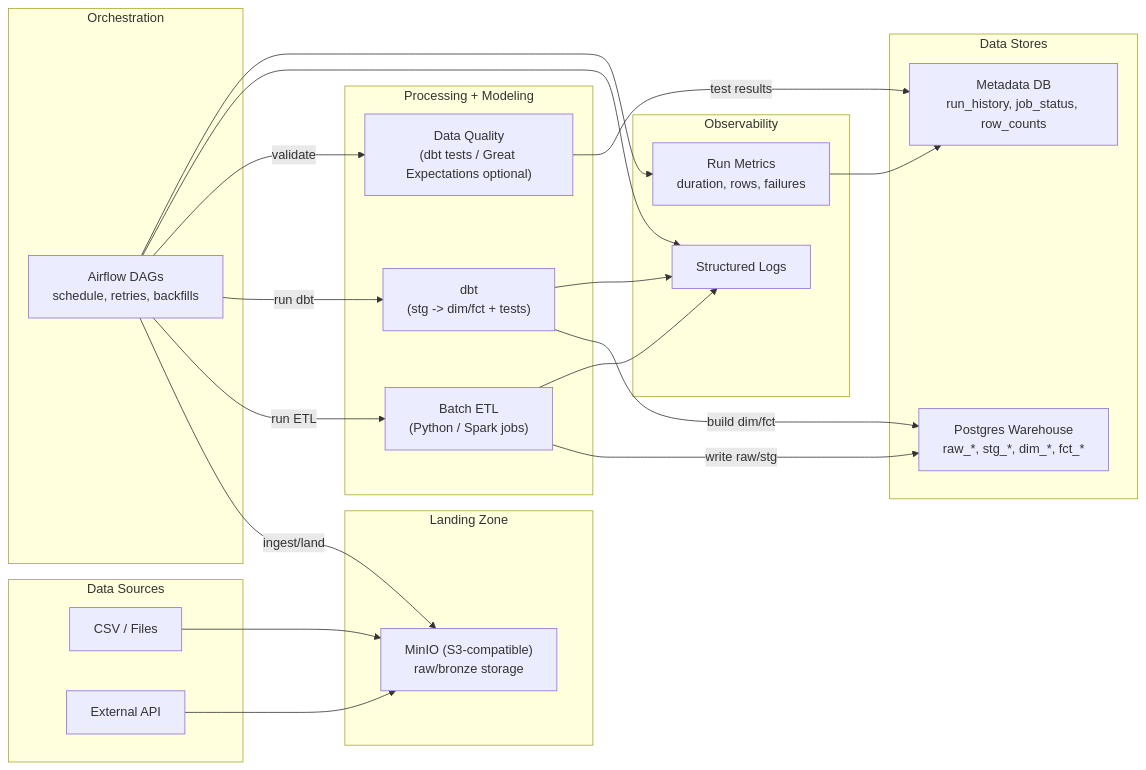
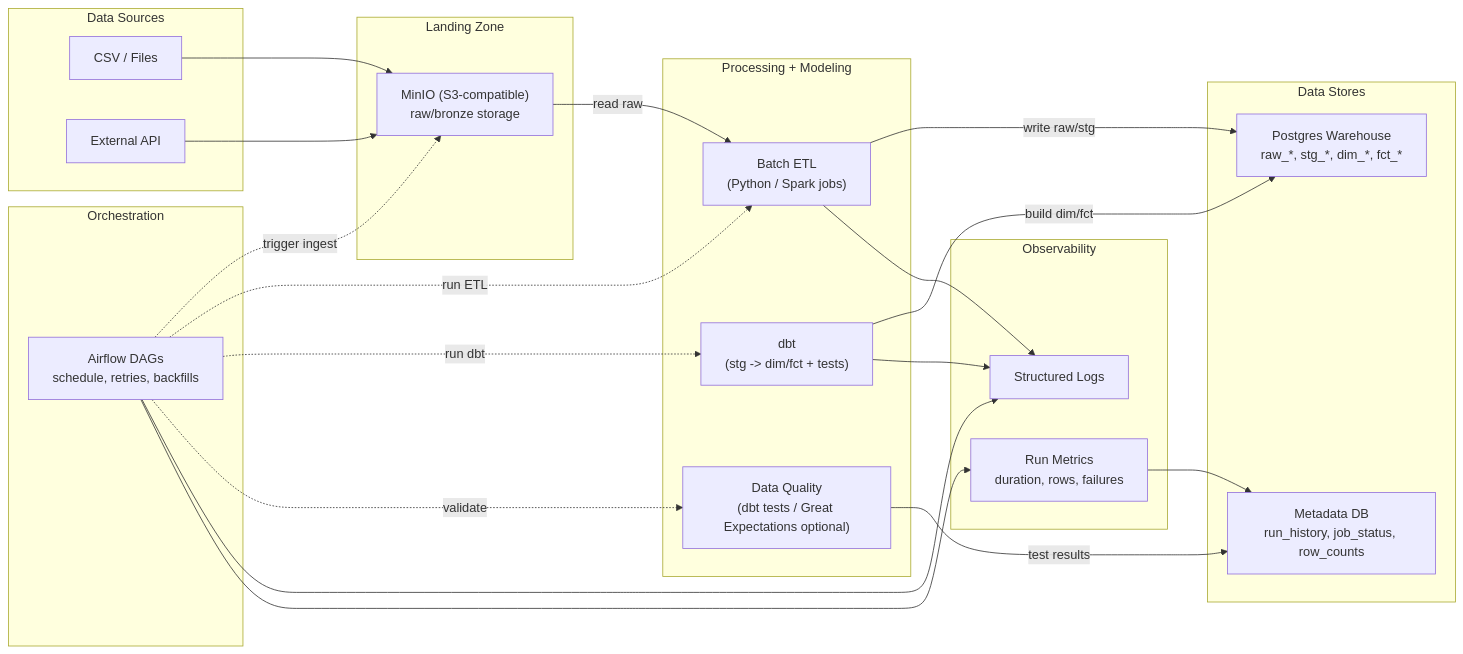
One commit to Khey17/de-batch-platform changed the diagram in docs/architecture.md. Above: the diagram before and after it, drawn with Mermaid.

Commit message:
Revise architecture diagram for data flow and control
Updated the architecture diagram to reflect changes in the data flow and control plane.

````diff
--- a/docs/architecture.md
+++ b/docs/architecture.md
@@ -9,69 +9,52 @@
 ```mermaid
 flowchart LR
-  %% -------------------
-  %% SOURCES
-  %% -------------------
   subgraph SRC[Data Sources]
     CSV["CSV / Files"]
     API["External API"]
   end
 
-  %% -------------------
-  %% LANDING ZONE
-  %% -------------------
   subgraph LZ[Landing Zone]
     S3["MinIO (S3-compatible)\nraw/bronze storage"]
   end
 
-  %% -------------------
-  %% ORCHESTRATION
-  %% -------------------
   subgraph ORCH[Orchestration]
     AF["Airflow DAGs\nschedule, retries, backfills"]
   end
 
-  %% -------------------
-  %% PROCESSING + MODELING
-  %% -------------------
   subgraph PROC[Processing + Modeling]
     ETL["Batch ETL\n(Python / Spark jobs)"]
     DBT["dbt\n(stg -> dim/fct + tests)"]
     DQ["Data Quality\n(dbt tests / Great Expectations optional)"]
   end
 
-  %% -------------------
-  %% WAREHOUSE + METADATA
-  %% -------------------
   subgraph DATA[Data Stores]
     WH["Postgres Warehouse\nraw_*, stg_*, dim_*, fct_*"]
     META["Metadata DB\nrun_history, job_status, row_counts"]
   end
 
-  %% -------------------
-  %% OBSERVABILITY
-  %% -------------------
   subgraph OBS[Observability]
     LOGS["Structured Logs"]
     METRICS["Run Metrics\nduration, rows, failures"]
   end
 
-  %% FLOW
+  %% DATA PLANE (solid)
   CSV --> S3
   API --> S3
+  S3 -->|read raw| ETL
+  ETL -->|write raw/stg| WH
+  DBT -->|build dim/fct| WH
+  DQ -->|test results| META
+  METRICS --> META
 
-  AF -->|ingest/land| S3
-  AF -->|run ETL| ETL
-  ETL -->|write raw/stg| WH
+  %% CONTROL PLANE (dashed - Airflow triggers)
+  AF -.->|trigger ingest| S3
+  AF -.->|run ETL| ETL
+  AF -.->|run dbt| DBT
+  AF -.->|validate| DQ
 
-  AF -->|run dbt| DBT
-  DBT -->|build dim/fct| WH
-
-  AF -->|validate| DQ
-  DQ -->|test results| META
-
+  %% logs/metrics emissions (fine as solid)
   AF --> LOGS
   AF --> METRICS
   ETL --> LOGS
   DBT --> LOGS
-  METRICS --> META
 ```
````
